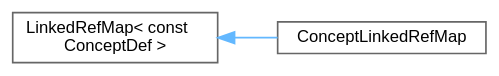
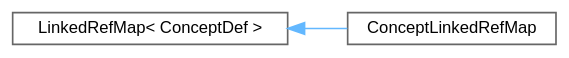
One commit to tim-gromeyer/doxygen changed the diagram in inherit_graph_540.dot. Above: the diagram before and after it, drawn with Graphviz. The commit also changed 1608 other files, not shown here.

```diff
--- a/inherit_graph_540.dot
+++ b/inherit_graph_540.dot
@@ -1,12 +1,12 @@
 digraph "Graphical Class Hierarchy"
 {
  // INTERACTIVE_SVG=YES
  // LATEX_PDF_SIZE
   bgcolor="transparent";
   edge [fontname=Helvetica,fontsize=10,labelfontname=Helvetica,labelfontsize=10];
   node [fontname=Helvetica,fontsize=10,shape=box,height=0.2,width=0.4];
   rankdir="LR";
-  Node0 [label="LinkedRefMap\< const\l ConceptDef \>",height=0.2,width=0.4,color="grey40", fillcolor="white", style="filled",URL="$d2/db7/class_linked_ref_map.html",tooltip=" "];
+  Node0 [label="LinkedRefMap\< ConceptDef \>",height=0.2,width=0.4,color="grey40", fillcolor="white", style="filled",URL="$d2/db7/class_linked_ref_map.html",tooltip=" "];
   Node0 -> Node1 [dir="back",color="steelblue1",style="solid"];
   Node1 [label="ConceptLinkedRefMap",height=0.2,width=0.4,color="grey40", fillcolor="white", style="filled",URL="$d4/daa/class_concept_linked_ref_map.html",tooltip=" "];
 }
```
